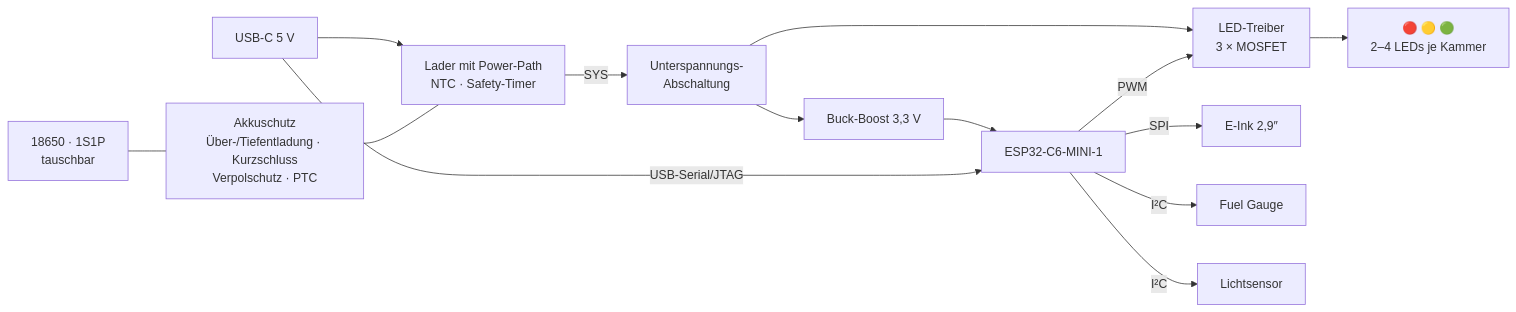
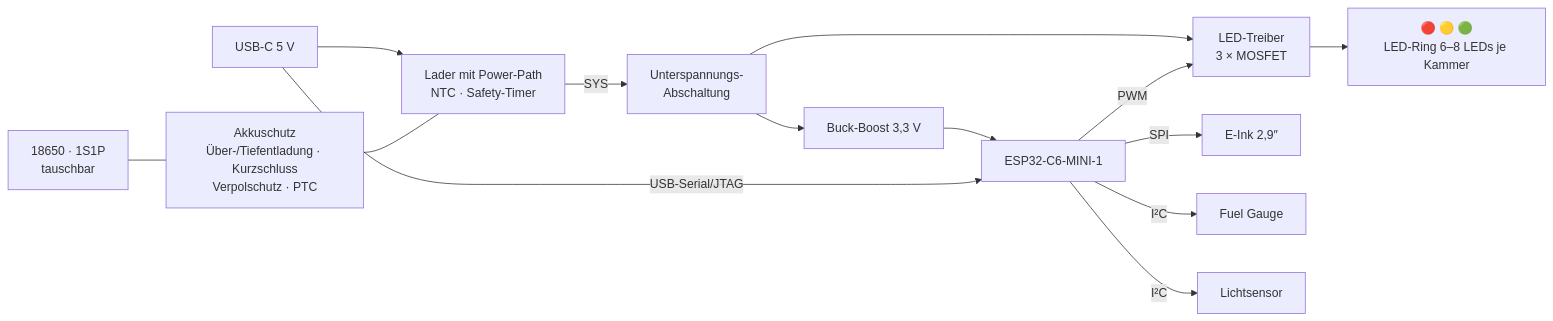
The second of 2 diagrams in README.md (padalton/doormutex), drawn with Mermaid before and after one commit. The commit also changed other lines of this file and 2 other files, not shown here.

````diff
--- a/README.md
+++ b/README.md
@@ -353,16 +352,16 @@
 ```mermaid
 flowchart LR
   usb["USB-C 5 V"] --> chg["Lader mit Power-Path<br/>NTC · Safety-Timer"]
   cell["18650 · 1S1P<br/>tauschbar"] --- prot["Akkuschutz<br/>Über-/Tiefentladung · Kurzschluss<br/>Verpolschutz · PTC"]
   prot --- chg
   chg -->|SYS| uvlo["Unterspannungs-<br/>Abschaltung"]
   uvlo --> reg["Buck-Boost 3,3 V"]
   reg --> mcu["ESP32-C6-MINI-1"]
   uvlo --> led["LED-Treiber<br/>3 × MOSFET"]
   mcu -->|PWM| led
-  led --> lamps["🔴 🟡 🟢<br/>2–4 LEDs je Kammer"]
+  led --> lamps["🔴 🟡 🟢<br/>LED-Ring 6–8 LEDs je Kammer"]
   mcu -->|SPI| epd["E-Ink 2,9″"]
   mcu -->|I²C| gauge["Fuel Gauge"]
   mcu -->|I²C| als["Lichtsensor"]
   usb -->|USB-Serial/JTAG| mcu
 ```
````
